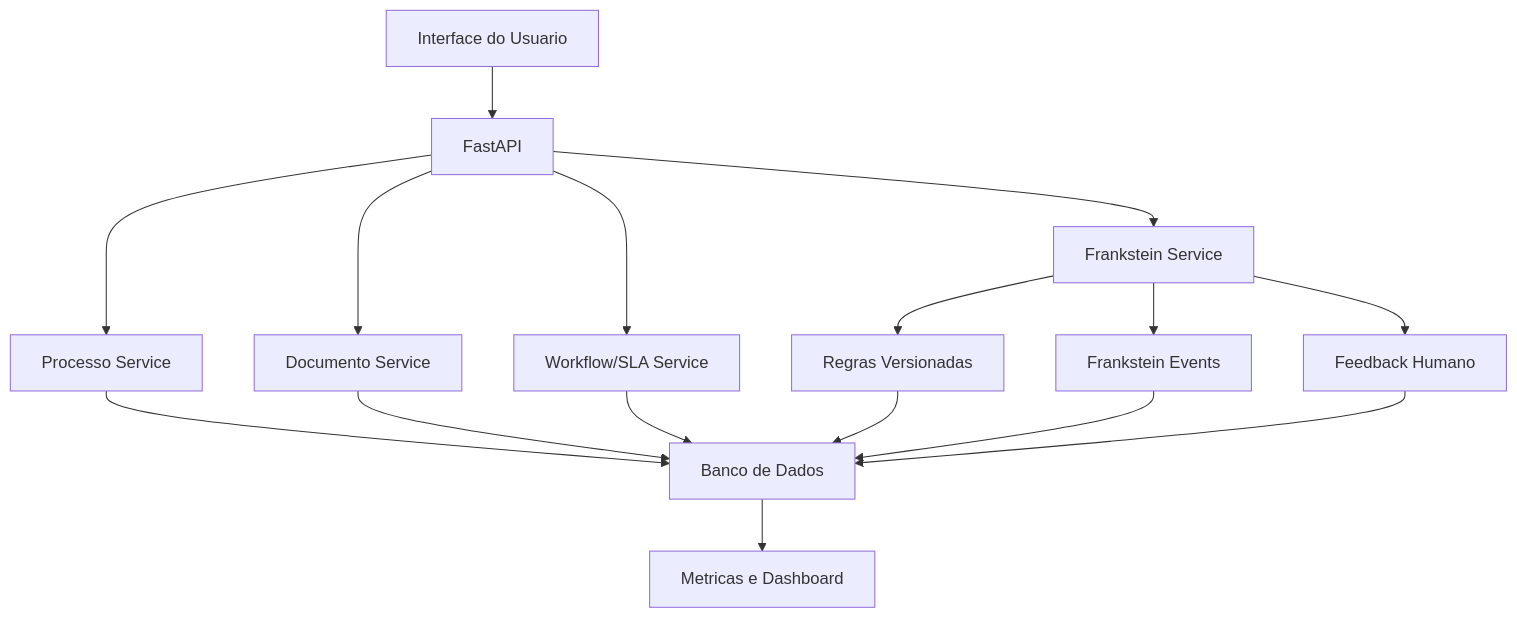
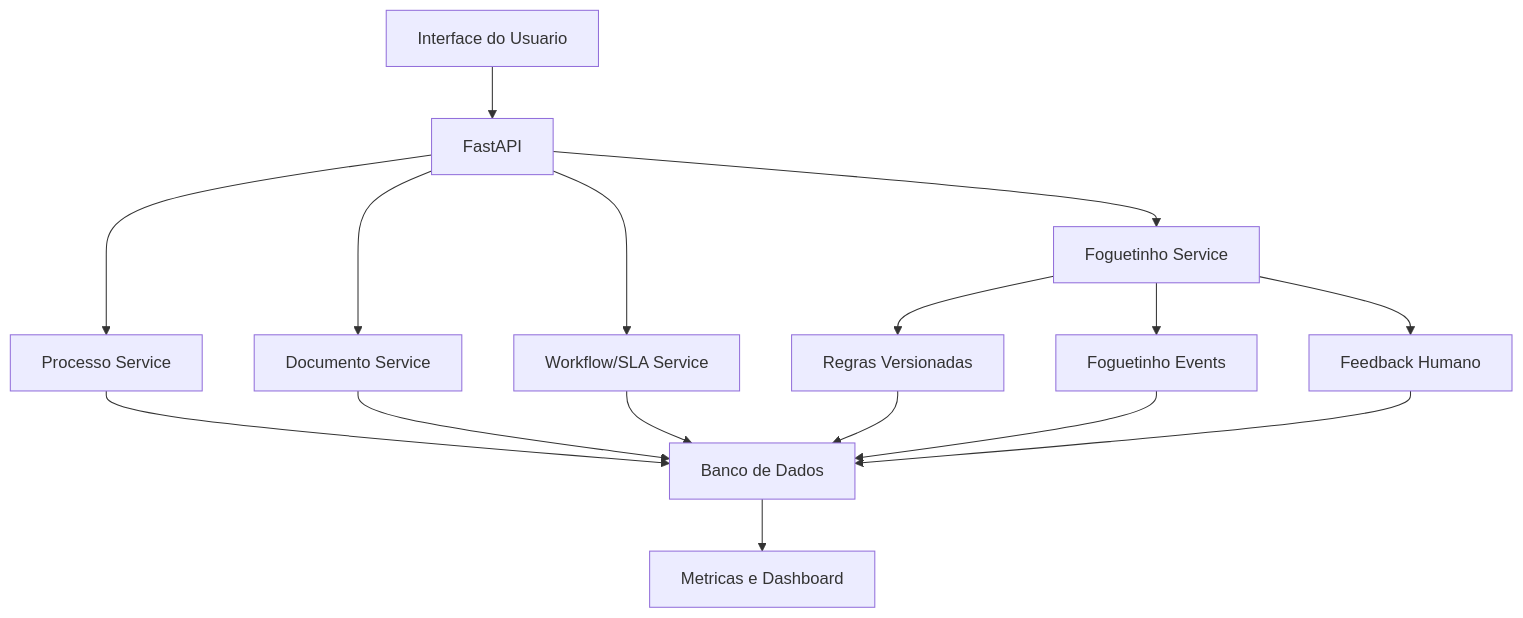
The second of 2 diagrams in docs/projeto_execucao_final_siocred.md (catsandygo-design/MAQ2-CREDITO), drawn with Mermaid before and after one commit. The commit also changed other lines of this file and 28 other files, not shown here.

````diff
--- a/docs/projeto_execucao_final_siocred.md
+++ b/docs/projeto_execucao_final_siocred.md
@@ -64,18 +64,18 @@
 ```mermaid
 flowchart TB
     UI["Interface do Usuario"] --> API["FastAPI"]
     API --> PROC["Processo Service"]
     API --> DOC["Documento Service"]
     API --> WF["Workflow/SLA Service"]
-    API --> FRK["Frankstein Service"]
+    API --> FRK["Foguetinho Service"]
     FRK --> RULES["Regras Versionadas"]
-    FRK --> EVENTS["Frankstein Events"]
+    FRK --> EVENTS["Foguetinho Events"]
     FRK --> FEED["Feedback Humano"]
     PROC --> DB["Banco de Dados"]
     DOC --> DB
     WF --> DB
     RULES --> DB
     EVENTS --> DB
     FEED --> DB
     DB --> DASH["Metricas e Dashboard"]
 ```
````
